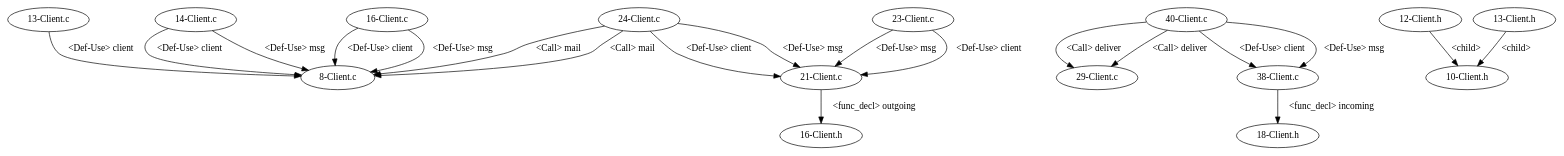
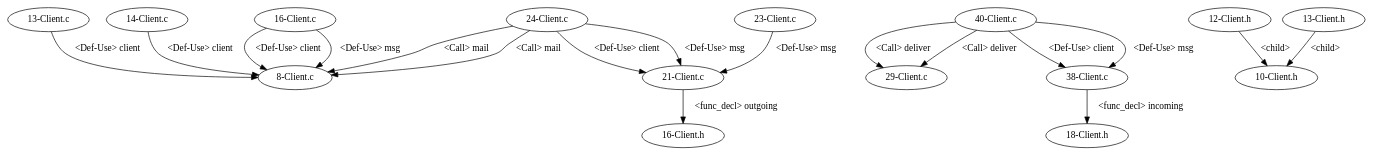
The diagram in testcpp/dependencyGraph/EmailSystem/test_12/graph.gv (shuiblue/JDimeForCpp), drawn with Graphviz before and after one commit. The commit also changed 8 other files, not shown here.

```diff
--- a/testcpp/dependencyGraph/EmailSystem/test_12/graph.gv
+++ b/testcpp/dependencyGraph/EmailSystem/test_12/graph.gv
@@ -1,36 +1,34 @@
 digraph {
 22 [label = "8-Client.c"];
 23 [label = "13-Client.c"];
 23 -> 22[label="<Def-Use> client"];
 24 [label = "14-Client.c"];
 24 -> 22[label="<Def-Use> client"];
-24 -> 22[label="<Def-Use> msg"];
 25 [label = "16-Client.c"];
 25 -> 22[label="<Def-Use> client"];
 25 -> 22[label="<Def-Use> msg"];
 26 [label = "21-Client.c"];
 27 [label = "23-Client.c"];
 27 -> 26[label="<Def-Use> msg"];
-27 -> 26[label="<Def-Use> client"];
 28 [label = "24-Client.c"];
 28 -> 22[label="<Call> mail"];
 28 -> 26[label="<Def-Use> client"];
 28 -> 26[label="<Def-Use> msg"];
 29 [label = "29-Client.c"];
 30 [label = "38-Client.c"];
 31 [label = "40-Client.c"];
 31 -> 29[label="<Call> deliver"];
 31 -> 30[label="<Def-Use> client"];
 31 -> 30[label="<Def-Use> msg"];
 32 [label = "10-Client.h"];
 33 [label = "12-Client.h"];
 34 [label = "13-Client.h"];
+33 -> 32[label="<child>"];
 34 -> 32[label="<child>"];
-33 -> 32[label="<child>"];
 35 [label = "16-Client.h"];
 36 [label = "18-Client.h"];
+28 -> 22[label="<Call> mail"];
 31 -> 29[label="<Call> deliver"];
-28 -> 22[label="<Call> mail"];
+30 -> 36[label="<func_decl> incoming"];
 26 -> 35[label="<func_decl> outgoing"];
-30 -> 36[label="<func_decl> incoming"];
 }
```
